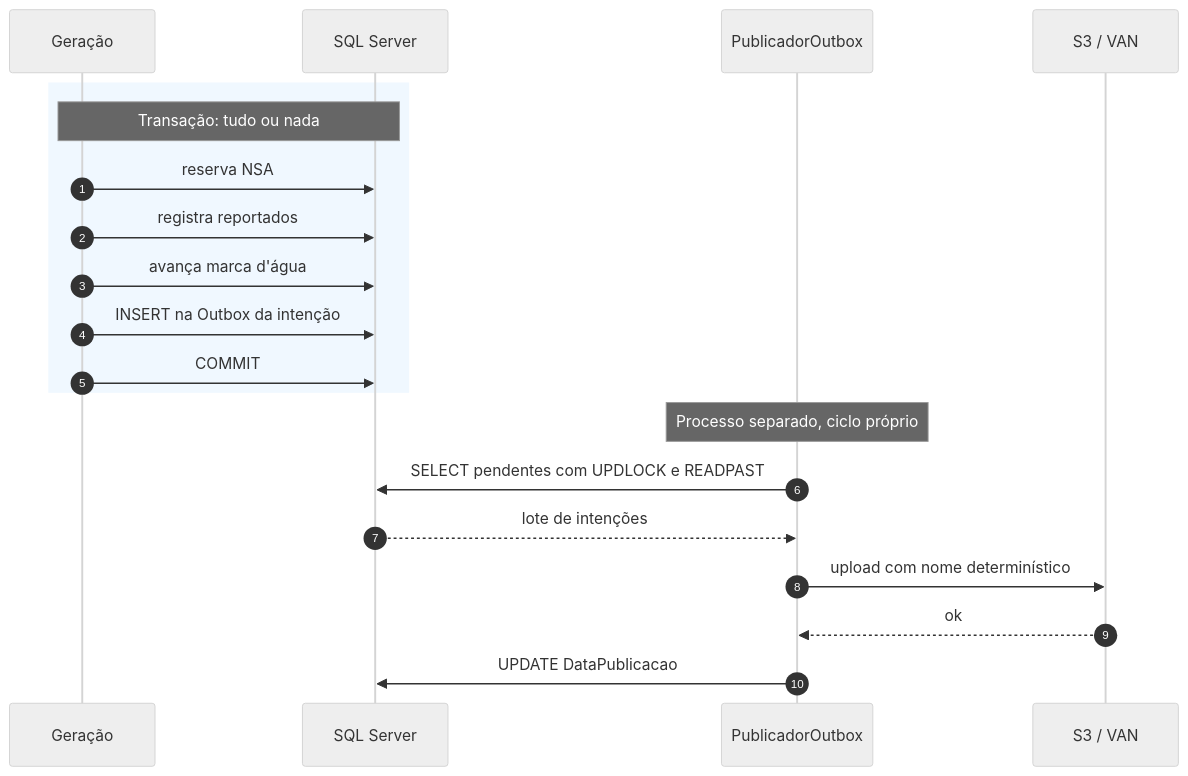
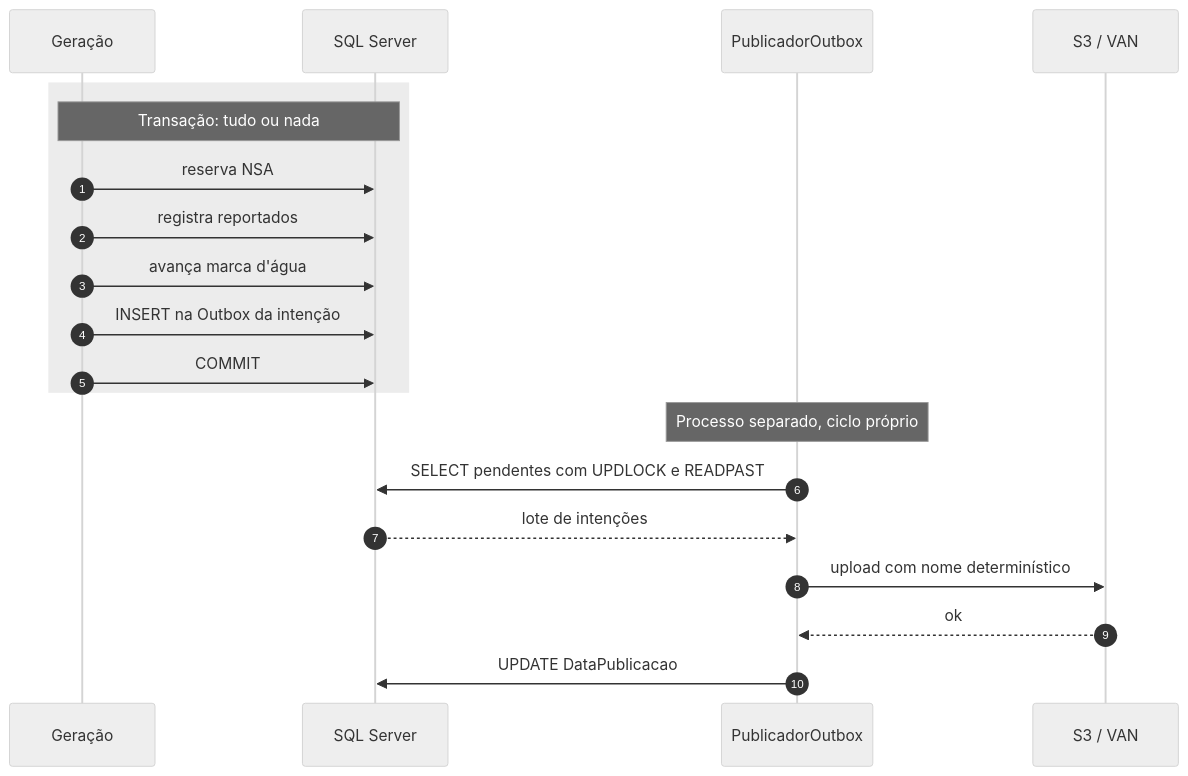
Diagram 13 of 16 in conciliacao-guia-completo.md (danielbfr3/sobre_aws), drawn with Mermaid (neutral theme) before and after one commit. The commit also changed other lines of this file, not shown here.

````diff
--- a/conciliacao-guia-completo.md
+++ b/conciliacao-guia-completo.md
@@ -1864,24 +3353,24 @@
 ```mermaid
 sequenceDiagram
     autonumber
     participant G as Geração
     participant DB as SQL Server
     participant P as PublicadorOutbox
     participant S3 as S3 / VAN
 
-    rect rgb(240, 248, 255)
+    rect rgba(128, 128, 128, 0.15)
     Note over G,DB: Transação: tudo ou nada
     G->>DB: reserva NSA
     G->>DB: registra reportados
     G->>DB: avança marca d'água
     G->>DB: INSERT na Outbox da intenção
     G->>DB: COMMIT
     end
 
     Note over P: Processo separado, ciclo próprio
     P->>DB: SELECT pendentes com UPDLOCK e READPAST
     DB-->>P: lote de intenções
     P->>S3: upload com nome determinístico
     S3-->>P: ok
     P->>DB: UPDATE DataPublicacao
 ```
````
